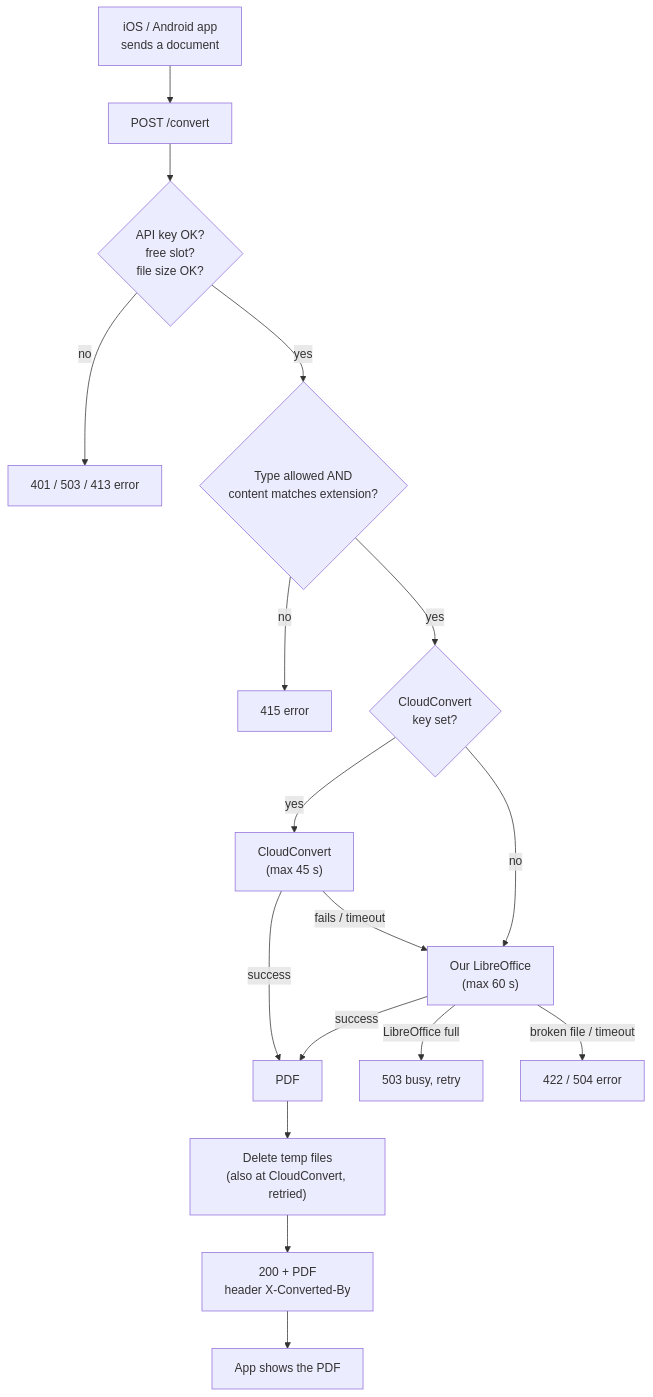
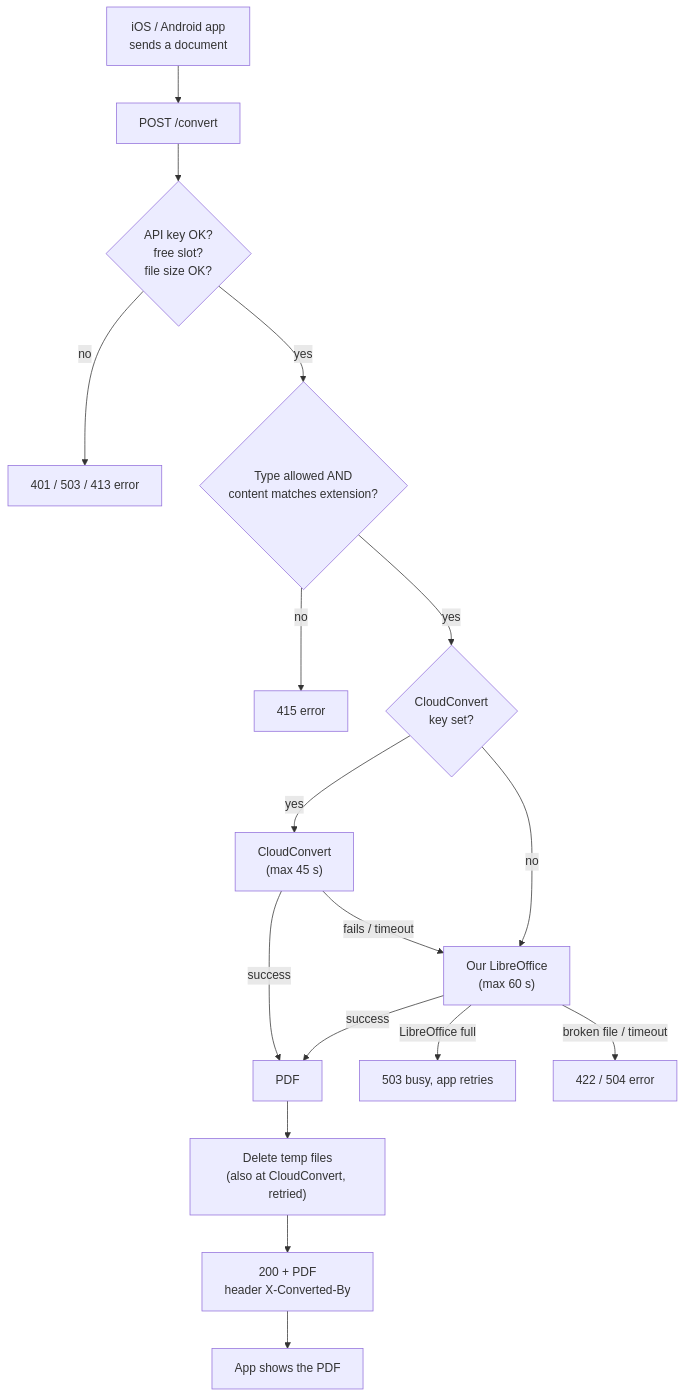
The first of 2 diagrams in docs/ARCHITECTURE.md (Tisobyn/LibraPDF-Converter), drawn with Mermaid before and after one commit. The commit also changed other lines of this file and 12 other files, not shown here.

First line of the commit message:
docs: update limits, timeouts, diagrams and tested formats

````diff
--- a/docs/ARCHITECTURE.md
+++ b/docs/ARCHITECTURE.md
@@ -8,19 +8,19 @@
 ```mermaid
 flowchart TD
     A["iOS / Android app<br/>sends a document"] --> B["POST /convert"]
     B --> C{"API key OK?<br/>free slot?<br/>file size OK?"}
     C -- no --> E1["401 / 503 / 413 error"]
     C -- yes --> D{"Type allowed AND<br/>content matches extension?"}
     D -- no --> E2["415 error"]
     D -- yes --> F{"CloudConvert<br/>key set?"}
     F -- yes --> G["CloudConvert<br/>(max 45 s)"]
     G -- success --> H["PDF"]
     G -- "fails / timeout" --> I
     F -- no --> I["Our LibreOffice<br/>(max 60 s)"]
     I -- success --> H
-    I -- "LibreOffice full" --> E3["503 busy, retry"]
+    I -- "LibreOffice full" --> E3["503 busy, app retries"]
     I -- "broken file / timeout" --> E4["422 / 504 error"]
     H --> J["Delete temp files<br/>(also at CloudConvert, retried)"]
     J --> K["200 + PDF<br/>header X-Converted-By"]
     K --> L["App shows the PDF"]
 ```
````
